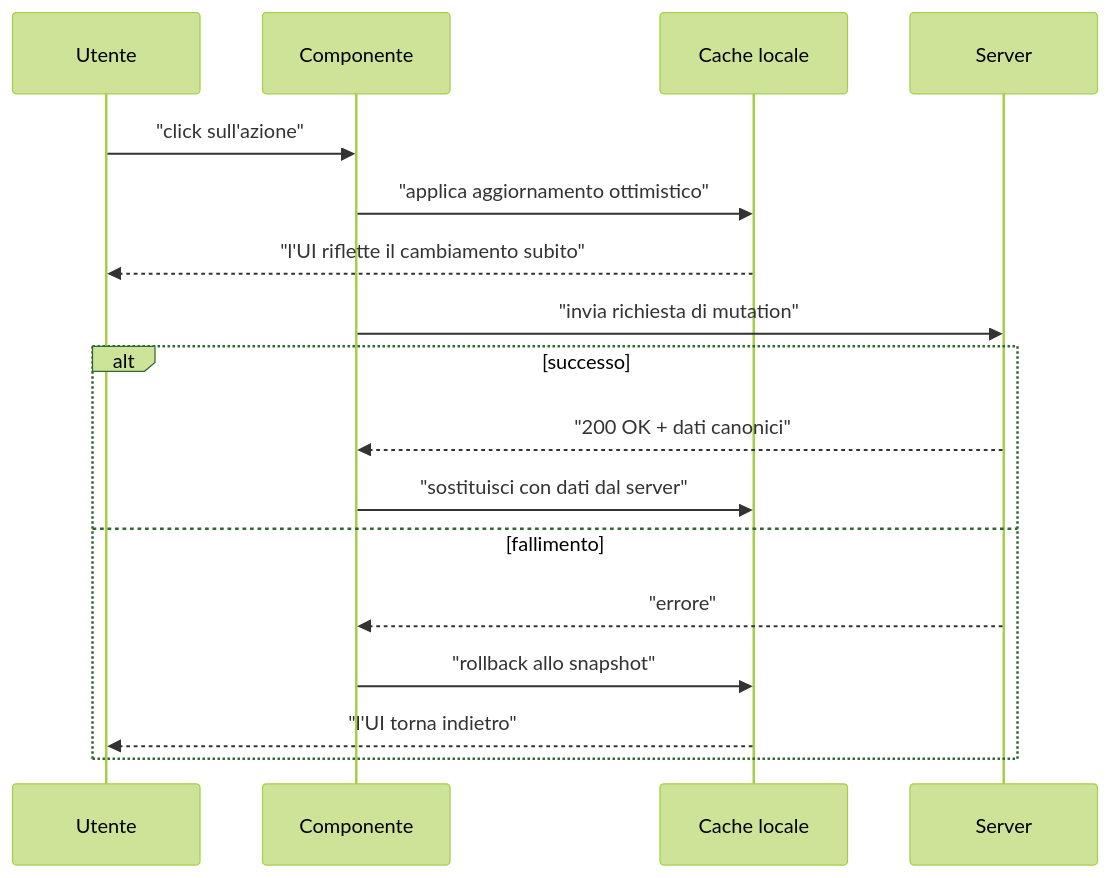
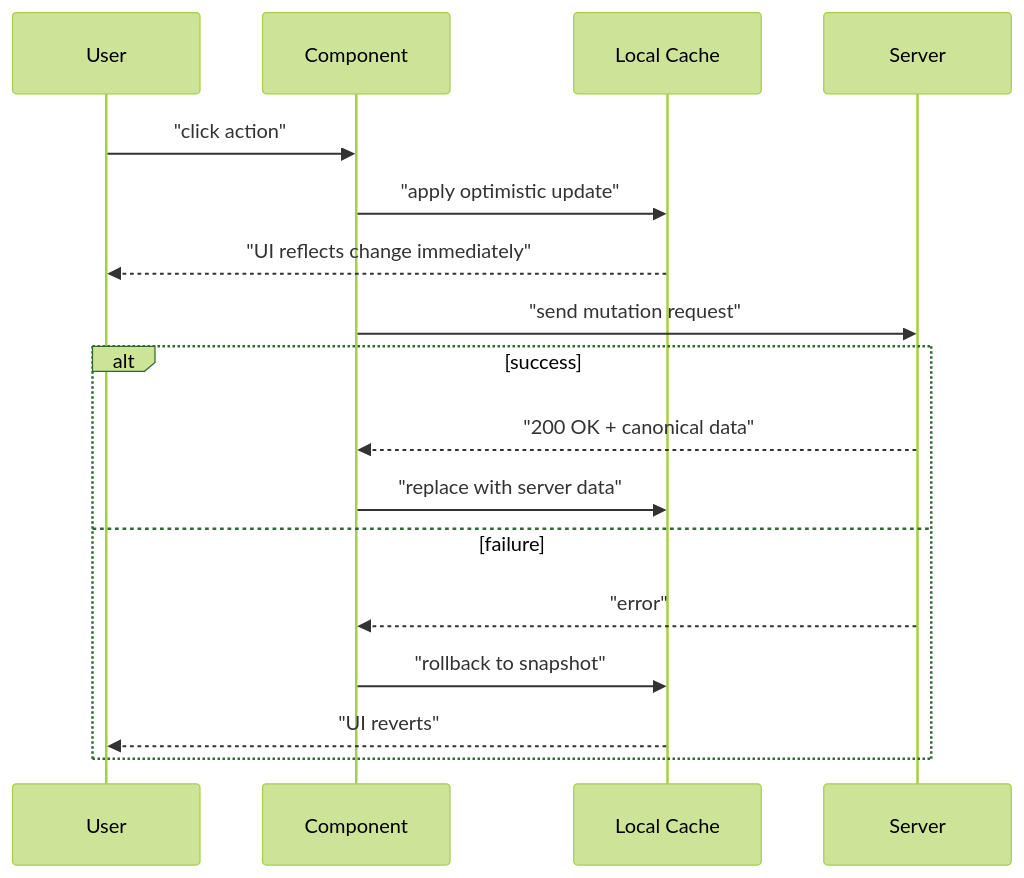
Before and after one commit to BabaScience/react-guides: the third of 6 diagrams in arguments/chapters/it/07-data-fetching.md, drawn with Mermaid (forest theme). The commit also changed other lines of this file and 29 other files, not shown here.

First line of the commit message:
Bring React FR/IT translations to full English parity + theme-safe diagrams

````diff
--- a/arguments/chapters/it/07-data-fetching.md
+++ b/arguments/chapters/it/07-data-fetching.md
@@ -222,19 +1244,19 @@
 ```mermaid
 sequenceDiagram
-    participant U as Utente
-    participant C as Componente
-    participant Cache as Cache locale
+    participant U as User
+    participant C as Component
+    participant Cache as Local Cache
     participant S as Server
-    U->>C: "click sull'azione"
-    C->>Cache: "applica aggiornamento ottimistico"
-    Cache-->>U: "l'UI riflette il cambiamento subito"
-    C->>S: "invia richiesta di mutation"
-    alt successo
-        S-->>C: "200 OK + dati canonici"
-        C->>Cache: "sostituisci con dati dal server"
-    else fallimento
-        S-->>C: "errore"
-        C->>Cache: "rollback allo snapshot"
-        Cache-->>U: "l'UI torna indietro"
+    U->>C: "click action"
+    C->>Cache: "apply optimistic update"
+    Cache-->>U: "UI reflects change immediately"
+    C->>S: "send mutation request"
+    alt success
+        S-->>C: "200 OK + canonical data"
+        C->>Cache: "replace with server data"
+    else failure
+        S-->>C: "error"
+        C->>Cache: "rollback to snapshot"
+        Cache-->>U: "UI reverts"
     end
 ```
````
